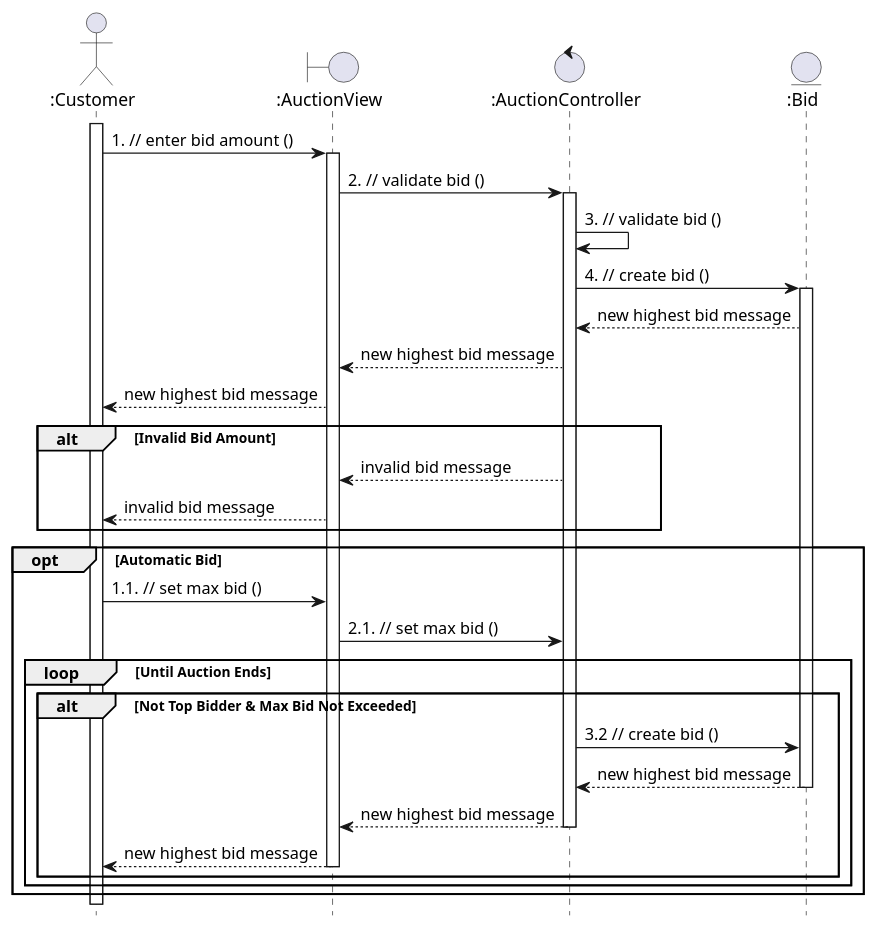
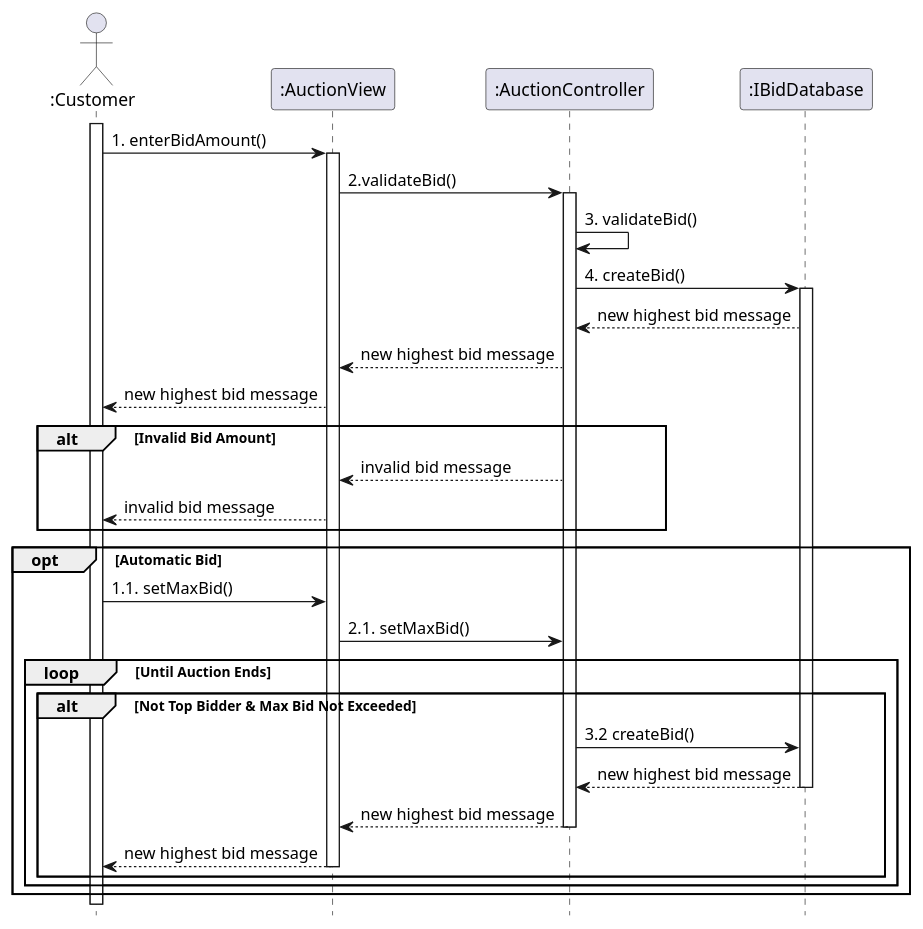
One commit to anhbanlinhle/velocity-exchange changed the diagram in uml/design/sequence/linh/place_bid.pu. Above: the diagram before and after it, drawn with PlantUML.

Commit message:
doc[lynn]: convert base vopc no. 18

```diff
--- a/uml/design/sequence/linh/place_bid.pu
+++ b/uml/design/sequence/linh/place_bid.pu
@@ -1,43 +1,43 @@
 @startuml UC_18
 hide footbox
 
 
 actor ":Customer" as Customer
-boundary ":AuctionView" as AuctionView
-control ":AuctionController" as AuctionController
-entity ":Bid" as Bid
+participant ":AuctionView" as AuctionView
+participant ":AuctionController" as AuctionController
+participant ":IBidDatabase" as Bid
 Customer ++
-  Customer -> AuctionView : 1. // enter bid amount ()
+  Customer -> AuctionView : 1. enterBidAmount()
   activate AuctionView
-    AuctionView -> AuctionController : 2. // validate bid ()
+    AuctionView -> AuctionController : 2.validateBid()
     activate AuctionController
-      AuctionController -> AuctionController : 3. // validate bid ()
-      AuctionController -> Bid : 4. // create bid ()
+      AuctionController -> AuctionController : 3. validateBid()
+      AuctionController -> Bid : 4. createBid()
       activate Bid
         Bid --> AuctionController : new highest bid message
 
       AuctionController --> AuctionView : new highest bid message
     AuctionView --> Customer : new highest bid message
 
 alt Invalid Bid Amount
   AuctionController --> AuctionView : invalid bid message
     AuctionView --> Customer : invalid bid message
 end
 
 opt Automatic Bid
-    Customer -> AuctionView : 1.1. // set max bid ()
-      AuctionView -> AuctionController : 2.1. // set max bid ()
+    Customer -> AuctionView : 1.1. setMaxBid()
+      AuctionView -> AuctionController : 2.1. setMaxBid()
     loop Until Auction Ends
       alt Not Top Bidder & Max Bid Not Exceeded
-        AuctionController -> Bid : 3.2 // create bid ()
+        AuctionController -> Bid : 3.2 createBid()
           Bid --> AuctionController : new highest bid message
         deactivate Bid
           AuctionController --> AuctionView : new highest bid message
         deactivate AuctionController
           AuctionView --> Customer : new highest bid message
         deactivate AuctionView
       end
     end
 end
 
 @enduml
```
